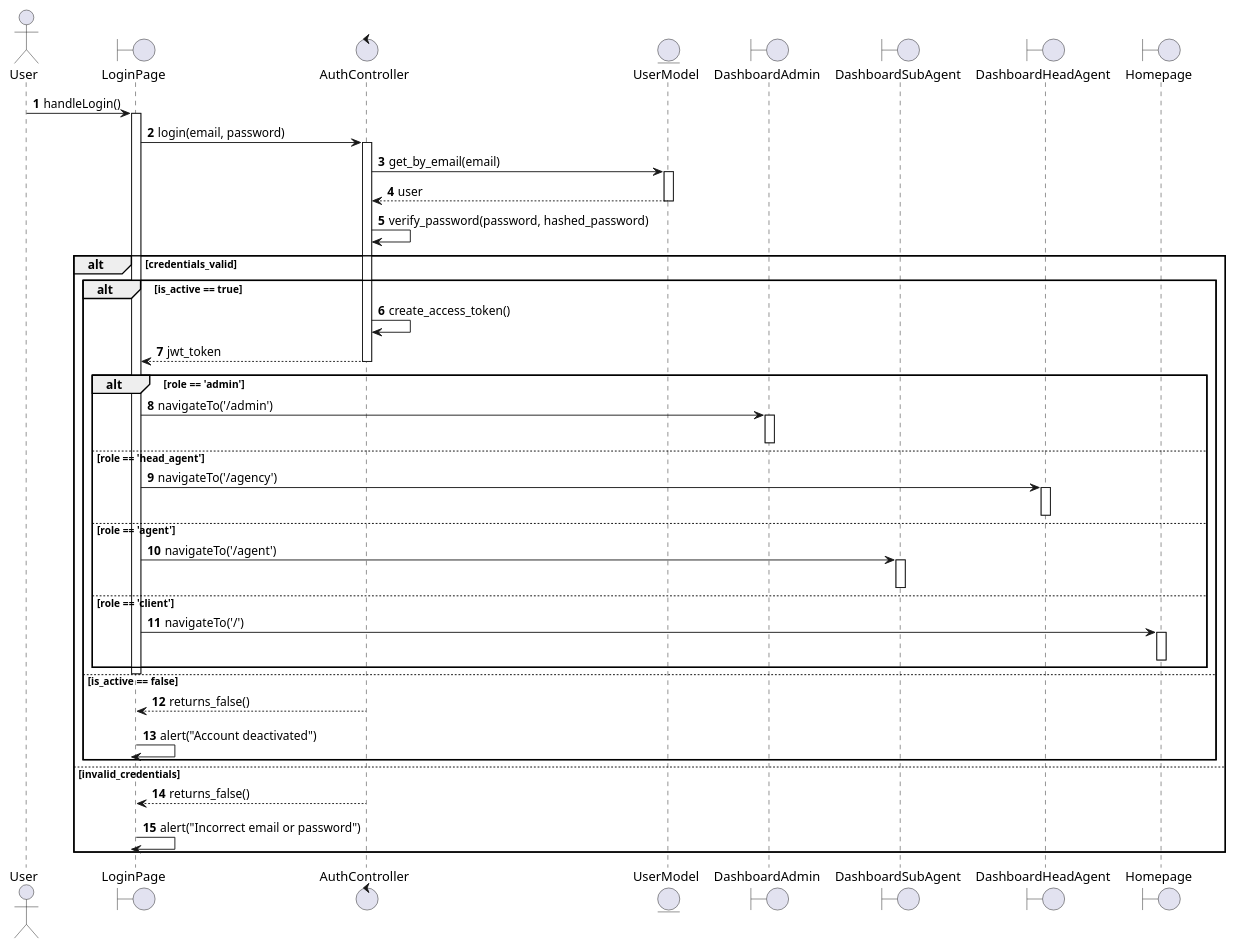
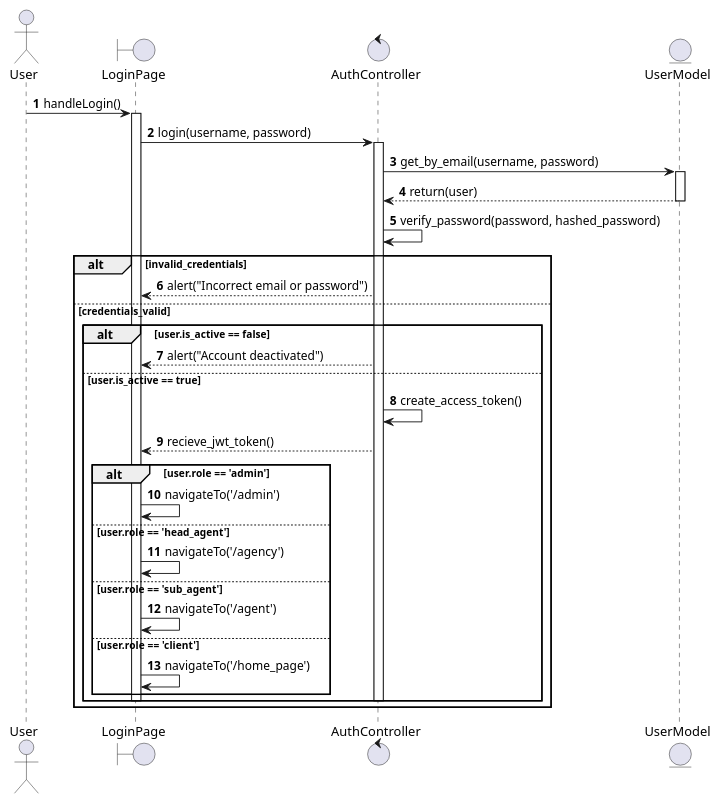
One commit to israhadjhassine/Graduation-Project-real-estate-automation changed the first of 2 diagrams in docs/sequence_diagram_login.puml. Above: the diagram before and after it, drawn with PlantUML. The commit also changed other lines of this file and 16 other files, not shown here.

```diff
--- a/docs/sequence_diagram_login.puml
+++ b/docs/sequence_diagram_login.puml
@@ -1,72 +1,63 @@
 @startuml
 autonumber
 
 actor "User" as ActorUser
 
 boundary LoginPage
 control AuthController
 entity UserModel
-boundary DashboardAdmin
-boundary DashboardSubAgent
-boundary DashboardHeadAgent
-boundary Homepage
+
 
 ActorUser -> LoginPage : handleLogin()
 activate LoginPage
 
-LoginPage -> AuthController : login(email, password)
+LoginPage -> AuthController : login(username, password)
 activate AuthController
 
-AuthController -> UserModel : get_by_email(email)
+AuthController -> UserModel : get_by_email(username, password)
 activate UserModel
-UserModel --> AuthController : user
+UserModel --> AuthController : return(user)
 deactivate UserModel
 
 AuthController -> AuthController : verify_password(password, hashed_password)
 
-alt credentials_valid
+alt  invalid_credentials
 
-    alt is_active == true
+    AuthController --> LoginPage : alert("Incorrect email or password")
+
+else credentials_valid
+    
+    alt user.is_active == false
+    
+        AuthController --> LoginPage : alert("Account deactivated")
+        
+
+    else user.is_active == true
     
         AuthController -> AuthController : create_access_token()
-        AuthController --> LoginPage : jwt_token
+        AuthController --> LoginPage : recieve_jwt_token()
+
+        alt user.role == 'admin'
+            LoginPage -> LoginPage : navigateTo('/admin')
+            
+        else user.role == 'head_agent'
+            LoginPage -> LoginPage : navigateTo('/agency')
+            
+        else user.role == 'sub_agent'
+            LoginPage -> LoginPage : navigateTo('/agent')
+            
+        else user.role == 'client'
+            LoginPage -> LoginPage : navigateTo('/home_page')
+            
+        end
         deactivate AuthController
-        
-        alt role == 'admin'
-            LoginPage -> DashboardAdmin : navigateTo('/admin')
-            activate DashboardAdmin
-            deactivate DashboardAdmin
-        else role == 'head_agent'
-            LoginPage -> DashboardHeadAgent : navigateTo('/agency')
-            activate DashboardHeadAgent
-            deactivate DashboardHeadAgent
-        else role == 'agent'
-            LoginPage -> DashboardSubAgent : navigateTo('/agent')
-            activate DashboardSubAgent
-            deactivate DashboardSubAgent
-        else role == 'client'
-            LoginPage -> Homepage : navigateTo('/')
-            activate Homepage
-            deactivate Homepage
-        end
-        deactivate LoginPage
-        
-    else is_active == false
-    
-        AuthController --> LoginPage : returns_false()
-        deactivate AuthController
-        LoginPage -> LoginPage : alert("Account deactivated")
         deactivate LoginPage
         
     end
-
-else invalid_credentials
-
-    AuthController --> LoginPage : returns_false()
-    deactivate AuthController
-    LoginPage -> LoginPage : alert("Incorrect email or password")
-    deactivate LoginPage
+    
+    
+    
 
 end
 
 @enduml
```
